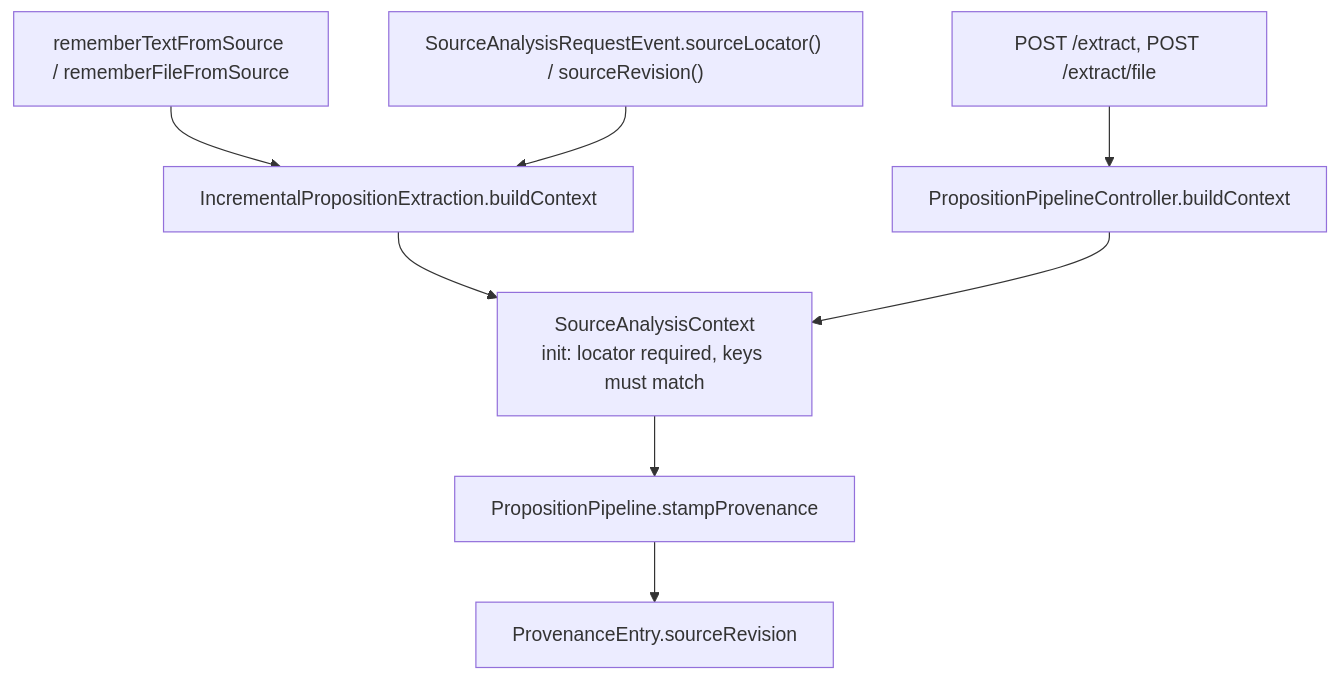
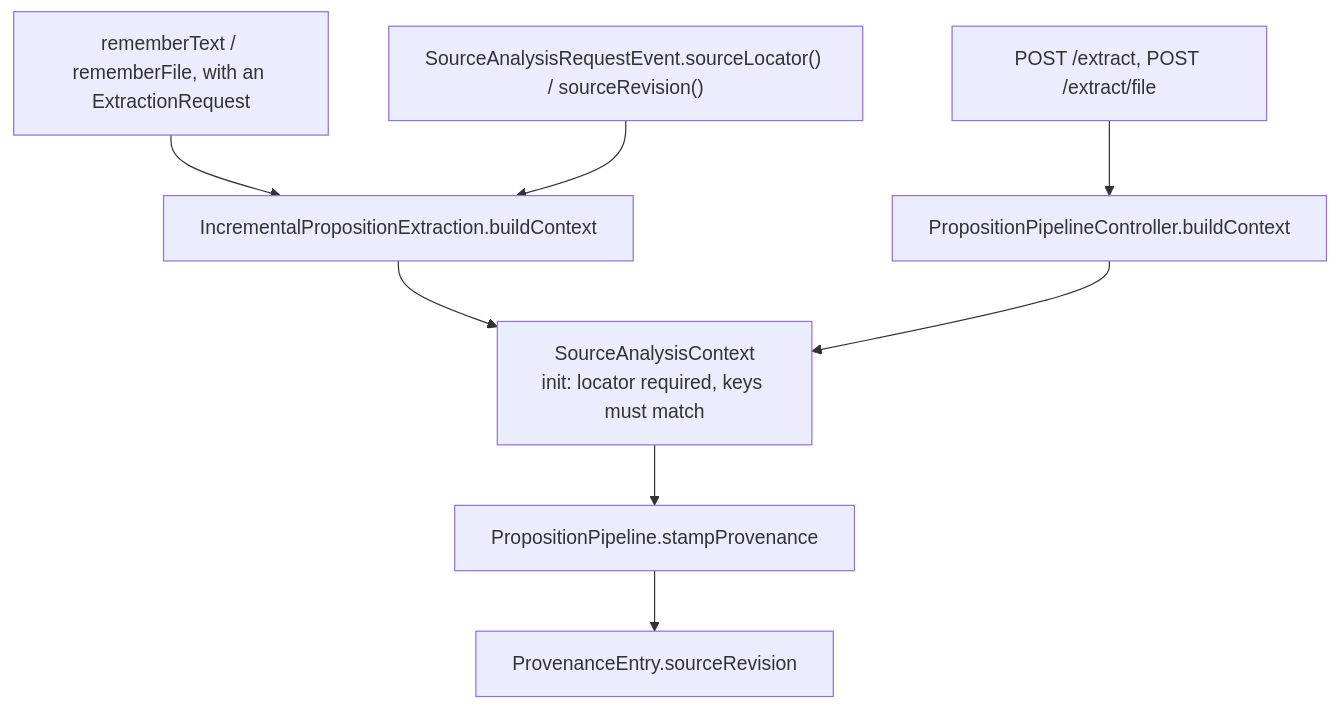
Before and after one commit to embabel/dice: the third of 3 diagrams in docs/design/source-revisions.md, drawn with Mermaid. The commit also changed other lines of this file and 10 other files, not shown here.

First line of the commit message:
Introduce ExtractionRequest as the entry-point surface

````diff
--- a/docs/design/source-revisions.md
+++ b/docs/design/source-revisions.md
@@ -565,10 +565,10 @@
 ```mermaid
 flowchart TD
-    A["rememberTextFromSource / rememberFileFromSource"] --> C
+    A["rememberText / rememberFile, with an ExtractionRequest"] --> C
     B["SourceAnalysisRequestEvent.sourceLocator() / sourceRevision()"] --> C
     R["POST /extract, POST /extract/file"] --> C2
     C["IncrementalPropositionExtraction.buildContext"] --> CTX
     C2["PropositionPipelineController.buildContext"] --> CTX
     CTX["SourceAnalysisContext<br/>init: locator required, keys must match"] --> P
     P["PropositionPipeline.stampProvenance"] --> E["ProvenanceEntry.sourceRevision"]
 ```
````
